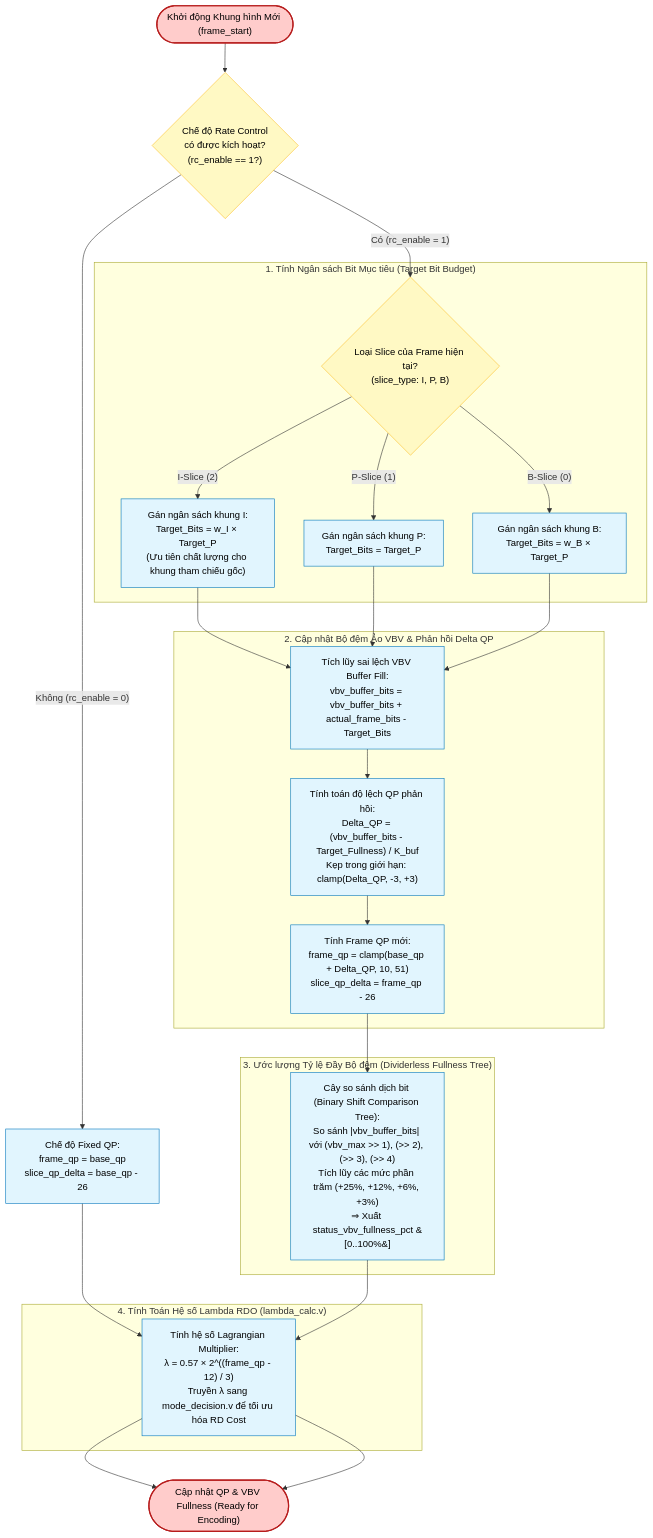
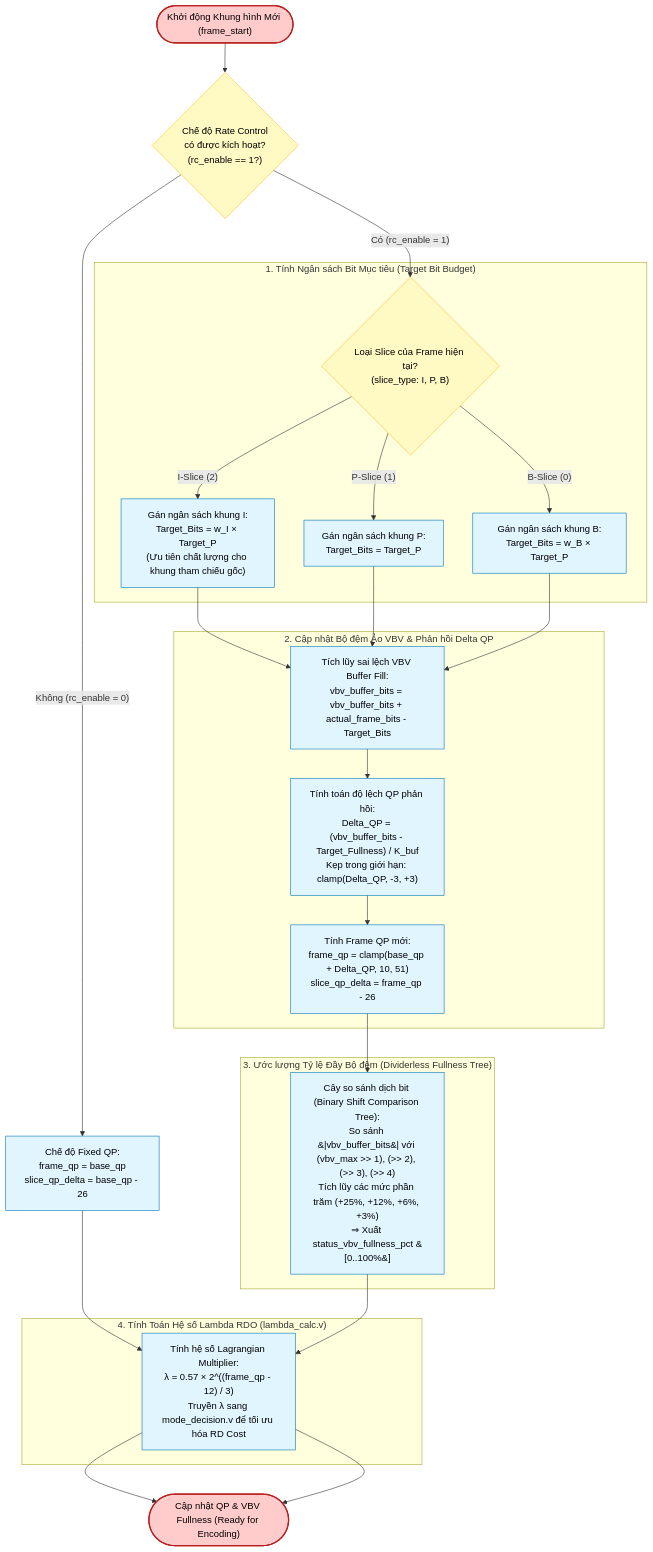
Before and after one commit to minh-tb/hevc_hw_encoder: the diagram in docs/bif_modules/rate_controller_flowchart.md, drawn with Mermaid. The commit also changed 4 other files, not shown here.

First line of the commit message:
fix(docs): quote edge labels with parentheses and escape pipe characters in Mermaid diagrams

````diff
--- a/docs/bif_modules/rate_controller_flowchart.md
+++ b/docs/bif_modules/rate_controller_flowchart.md
@@ -27,58 +27,58 @@
 ```mermaid
 flowchart TD
     %% Node Styling
     classDef startend fill:#ffcccb,stroke:#b71c1c,stroke-width:2px,color:#000;
     classDef process fill:#e1f5fe,stroke:#0277bd,stroke-width:1px,color:#000;
     classDef decision fill:#fff9c4,stroke:#fbc02d,stroke-width:1px,color:#000;
     classDef storage fill:#dcedc8,stroke:#33691e,stroke-width:1px,color:#000;
 
     Start(["Khởi động Khung hình Mới (frame_start)"])
     End(["Cập nhật QP & VBV Fullness (Ready for Encoding)"])
 
     %% Check Enable
     CheckRC{"Chế độ Rate Control<br/>có được kích hoạt?<br/>(rc_enable == 1?)"}
     UseBaseQP["Chế độ Fixed QP:<br/>frame_qp = base_qp<br/>slice_qp_delta = base_qp - 26"]
 
     %% Frame Budget Calculation
     subgraph Budget_Stage ["1. Tính Ngân sách Bit Mục tiêu (Target Bit Budget)"]
         CheckSliceType{"Loại Slice của Frame hiện tại?<br/>(slice_type: I, P, B)"}
         CalcBudgetI["Gán ngân sách khung I:<br/>Target_Bits = w_I &times; Target_P<br/>(Ưu tiên chất lượng cho khung tham chiếu gốc)"]
         CalcBudgetP["Gán ngân sách khung P:<br/>Target_Bits = Target_P"]
         CalcBudgetB["Gán ngân sách khung B:<br/>Target_Bits = w_B &times; Target_P"]
     end
 
     %% VBV Feedback
     subgraph VBV_Stage ["2. Cập nhật Bộ đệm Ảo VBV & Phản hồi Delta QP"]
         UpdateVBV["Tích lũy sai lệch VBV Buffer Fill:<br/>vbv_buffer_bits = vbv_buffer_bits + actual_frame_bits - Target_Bits"]
 
         CalcDeltaQP["Tính toán độ lệch QP phản hồi:<br/>Delta_QP = (vbv_buffer_bits - Target_Fullness) / K_buf<br/>Kẹp trong giới hạn: clamp(Delta_QP, -3, +3)"]
 
         UpdateFrameQP["Tính Frame QP mới:<br/>frame_qp = clamp(base_qp + Delta_QP, 10, 51)<br/>slice_qp_delta = frame_qp - 26"]
     end
 
     %% Shift Tree Fullness
     subgraph Shift_Tree ["3. Ước lượng Tỷ lệ Đầy Bộ đệm (Dividerless Fullness Tree)"]
-        TreeComp["Cây so sánh dịch bit (Binary Shift Comparison Tree):<br/>So sánh |vbv_buffer_bits| với (vbv_max &gt;&gt; 1), (&gt;&gt; 2), (&gt;&gt; 3), (&gt;&gt; 4)<br/>Tích lũy các mức phần trăm (+25%, +12%, +6%, +3%)<br/>&rArr; Xuất status_vbv_fullness_pct &#91;0..100%&#93;"]
+        TreeComp["Cây so sánh dịch bit (Binary Shift Comparison Tree):<br/>So sánh &#124;vbv_buffer_bits&#124; với (vbv_max &gt;&gt; 1), (&gt;&gt; 2), (&gt;&gt; 3), (&gt;&gt; 4)<br/>Tích lũy các mức phần trăm (+25%, +12%, +6%, +3%)<br/>&rArr; Xuất status_vbv_fullness_pct &#91;0..100%&#93;"]
     end
 
     %% Lambda Derivation
     subgraph Lambda_Stage ["4. Tính Toán Hệ số Lambda RDO (lambda_calc.v)"]
         CalcLambda["Tính hệ số Lagrangian Multiplier:<br/>&lambda; = 0.57 &times; 2^((frame_qp - 12) / 3)<br/>Truyền &lambda; sang mode_decision.v để tối ưu hóa RD Cost"]
     end
 
     %% Stream Connections
     Start --> CheckRC
     CheckRC -- "Không (rc_enable = 0)" --> UseBaseQP --> CalcLambda --> End
     CheckRC -- "Có (rc_enable = 1)" --> CheckSliceType
 
     CheckSliceType -- "I-Slice (2)" --> CalcBudgetI --> UpdateVBV
     CheckSliceType -- "P-Slice (1)" --> CalcBudgetP --> UpdateVBV
     CheckSliceType -- "B-Slice (0)" --> CalcBudgetB --> UpdateVBV
 
     UpdateVBV --> CalcDeltaQP --> UpdateFrameQP --> TreeComp --> CalcLambda --> End
 
     %% Styling
     class Start,End startend;
     class UseBaseQP,CalcBudgetI,CalcBudgetP,CalcBudgetB,UpdateVBV,CalcDeltaQP,UpdateFrameQP,TreeComp,CalcLambda process;
     class CheckRC,CheckSliceType decision;
 ```
````
